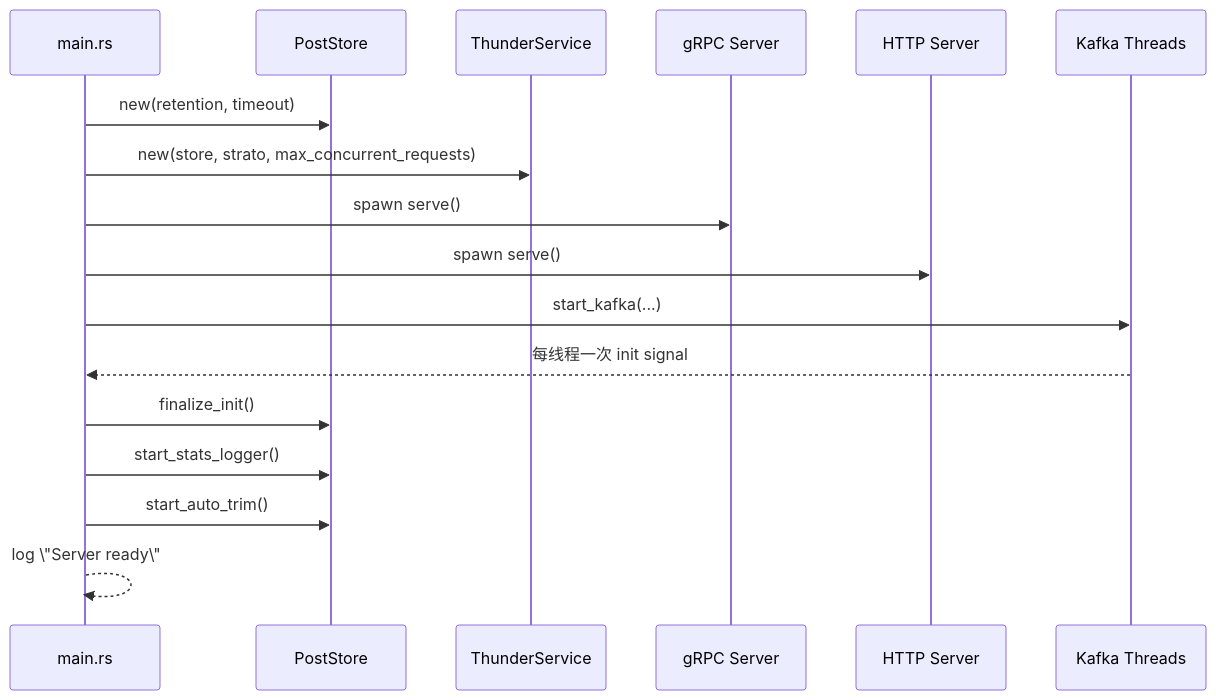
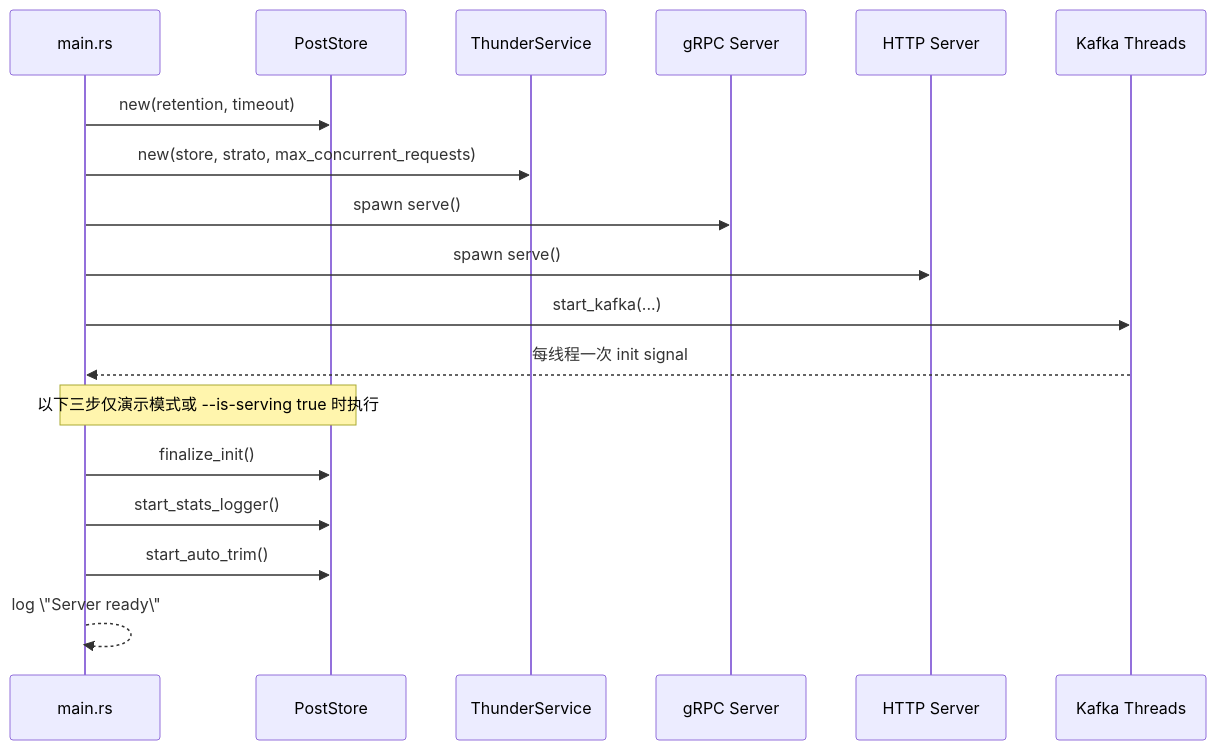
The second of 3 diagrams in docs/thunder/01-system-overview.md (freefcw/x-algorithm), drawn with Mermaid before and after one commit. The commit also changed other lines of this file, not shown here.

````diff
--- a/docs/thunder/01-system-overview.md
+++ b/docs/thunder/01-system-overview.md
@@ -86,20 +86,21 @@
 ```mermaid
 sequenceDiagram
     participant Main as main.rs
     participant Store as PostStore
     participant Svc as ThunderService
     participant GRPC as gRPC Server
     participant HTTP as HTTP Server
     participant Kafka as Kafka Threads
 
     Main->>Store: new(retention, timeout)
     Main->>Svc: new(store, strato, max_concurrent_requests)
     Main->>GRPC: spawn serve()
     Main->>HTTP: spawn serve()
     Main->>Kafka: start_kafka(...)
     Kafka-->>Main: 每线程一次 init signal
+    Note over Main,Store: 以下三步仅演示模式或 --is-serving true 时执行
     Main->>Store: finalize_init()
     Main->>Store: start_stats_logger()
     Main->>Store: start_auto_trim()
     Main-->>Main: log \"Server ready\"
 ```
````
